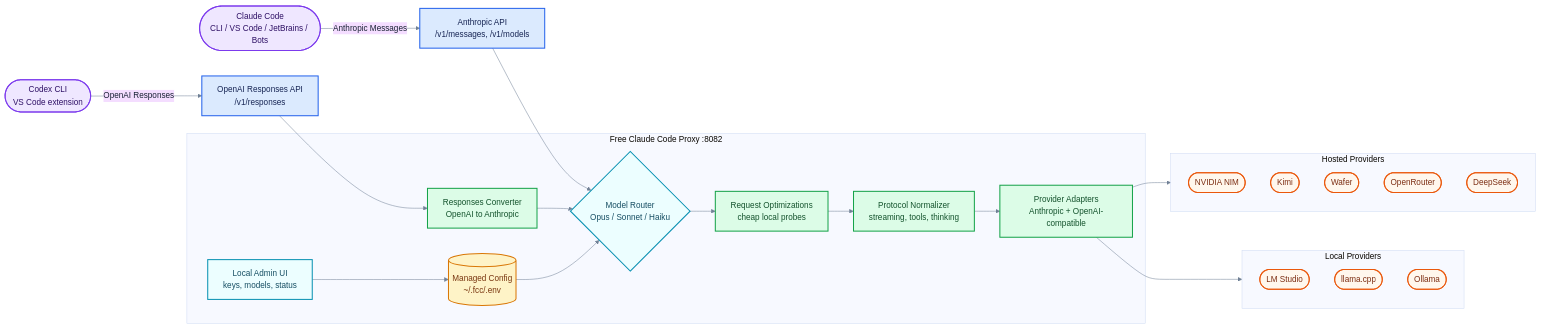
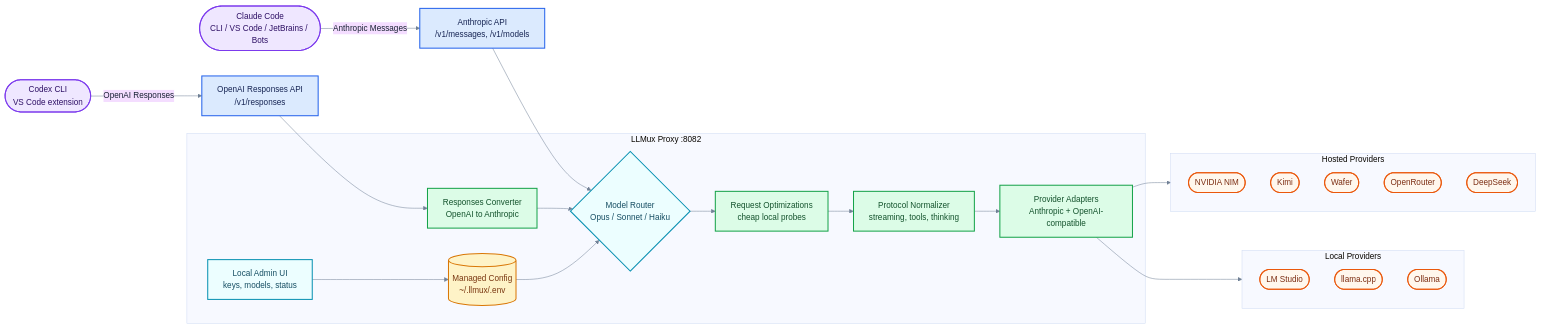
The diagram in assets/how-it-works.mmd (davidlosasgonzalez/llmux), drawn with Mermaid before and after one commit. The commit also changed 452 other files, not shown here.

```diff
--- a/assets/how-it-works.mmd
+++ b/assets/how-it-works.mmd
@@ -1,57 +1,57 @@
 %%{init: {"theme": "base", "themeVariables": {"fontFamily": "Inter, ui-sans-serif, system-ui, Segoe UI, Arial", "background": "transparent", "primaryTextColor": "#172033", "lineColor": "#718096"}}}%%
 flowchart LR
     claudeClient(["Claude Code<br/>CLI / VS Code / JetBrains / Bots"])
     codexClient(["Codex CLI<br/>VS Code extension"])
     messagesApi["Anthropic API<br/>/v1/messages, /v1/models"]
     responsesApi["OpenAI Responses API<br/>/v1/responses"]
 
-    subgraph proxy["Free Claude Code Proxy :8082"]
+    subgraph proxy["LLMux Proxy :8082"]
         admin["Local Admin UI<br/>keys, models, status"]
-        config[("Managed Config<br/>~/.fcc/.env")]
+        config[("Managed Config<br/>~/.llmux/.env")]
         convert["Responses Converter<br/>OpenAI to Anthropic"]
         router{"Model Router<br/>Opus / Sonnet / Haiku"}
         optimize["Request Optimizations<br/>cheap local probes"]
         normalize["Protocol Normalizer<br/>streaming, tools, thinking"]
         adapters["Provider Adapters<br/>Anthropic + OpenAI-compatible"]
     end
 
     subgraph hosted["Hosted Providers"]
         nim(["NVIDIA NIM"])
         kimi(["Kimi"])
         wafer(["Wafer"])
         openrouter(["OpenRouter"])
         deepseek(["DeepSeek"])
     end
 
     subgraph local["Local Providers"]
         lmstudio(["LM Studio"])
         llamacpp(["llama.cpp"])
         ollama(["Ollama"])
     end
 
     claudeClient -->|"Anthropic Messages"| messagesApi
     codexClient -->|"OpenAI Responses"| responsesApi
     messagesApi --> router
     responsesApi --> convert
     convert --> router
     admin --> config
     config --> router
     router --> optimize
     optimize --> normalize
     normalize --> adapters
     adapters --> hosted
     adapters --> local
 
     classDef client fill:#efe7ff,stroke:#7c3aed,stroke-width:2px,color:#2e1065;
     classDef api fill:#dbeafe,stroke:#2563eb,stroke-width:2px,color:#172554;
     classDef proxy fill:#ecfeff,stroke:#0891b2,stroke-width:2px,color:#164e63;
     classDef config fill:#fef3c7,stroke:#d97706,stroke-width:2px,color:#78350f;
     classDef transform fill:#dcfce7,stroke:#16a34a,stroke-width:2px,color:#14532d;
     classDef provider fill:#fff7ed,stroke:#ea580c,stroke-width:2px,color:#7c2d12;
 
     class claudeClient,codexClient client;
     class messagesApi,responsesApi api;
     class admin,router proxy;
     class config config;
     class convert,optimize,normalize,adapters transform;
     class nim,kimi,wafer,openrouter,deepseek,lmstudio,llamacpp,ollama provider;
```
